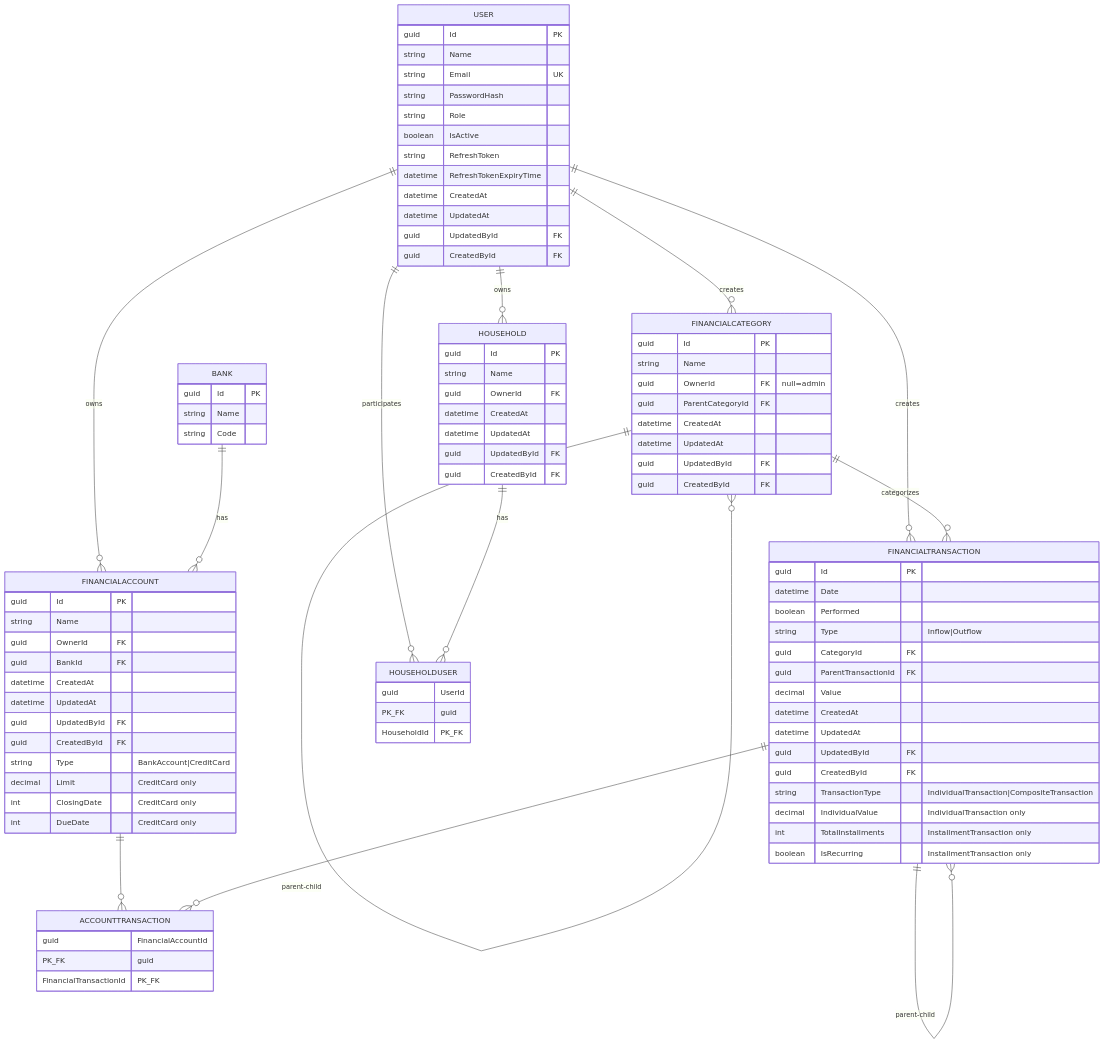
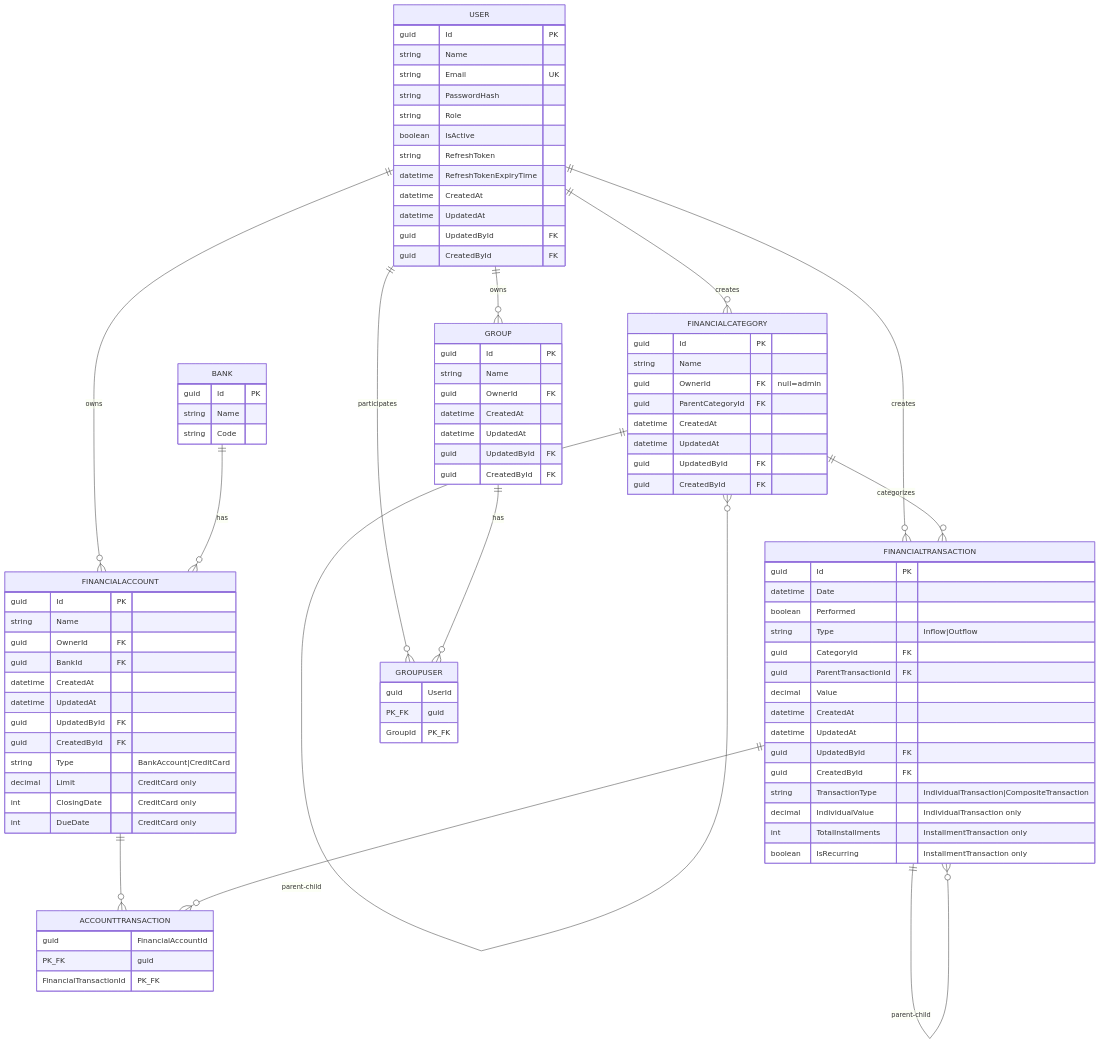
One commit to barcelosleo/meus-pila changed the diagram in domain-definition.md. Above: the diagram before and after it, drawn with Mermaid. The commit also changed other lines of this file, not shown here.

Commit message:
refactor: Rename Household to Group and update related attributes and relationships

````diff
--- a/domain-definition.md
+++ b/domain-definition.md
@@ -245,12 +245,12 @@
 ```mermaid
 erDiagram
-    USER ||--o{ HOUSEHOLD : owns
+    USER ||--o{ GROUP : owns
     USER ||--o{ FINANCIALACCOUNT : owns
     USER ||--o{ FINANCIALCATEGORY : creates
     USER ||--o{ FINANCIALTRANSACTION : creates
     
-    USER ||--o{ HOUSEHOLDUSER : participates
-    HOUSEHOLD ||--o{ HOUSEHOLDUSER : has
+    USER ||--o{ GROUPUSER : participates
+    GROUP ||--o{ GROUPUSER : has
     
     BANK ||--o{ FINANCIALACCOUNT : "has"
     
@@ -277,7 +277,7 @@
         guid CreatedById FK
     }
     
-    HOUSEHOLD {
+    GROUP {
         guid Id PK
         string Name
         guid OwnerId FK
@@ -287,9 +287,9 @@
         guid CreatedById FK
     }
     
-    HOUSEHOLDUSER {
+    GROUPUSER {
         guid UserId PK_FK
-        guid HouseholdId PK_FK
+        guid GroupId PK_FK
     }
     
     BANK {
````
